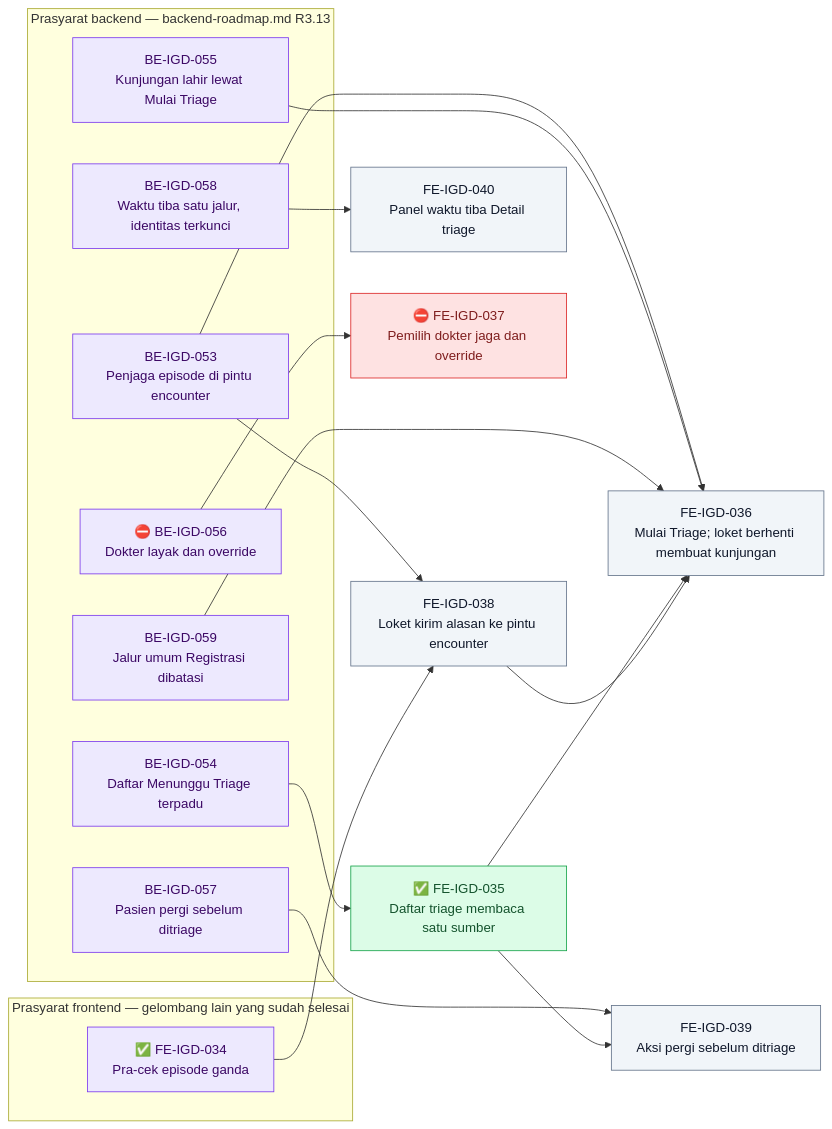
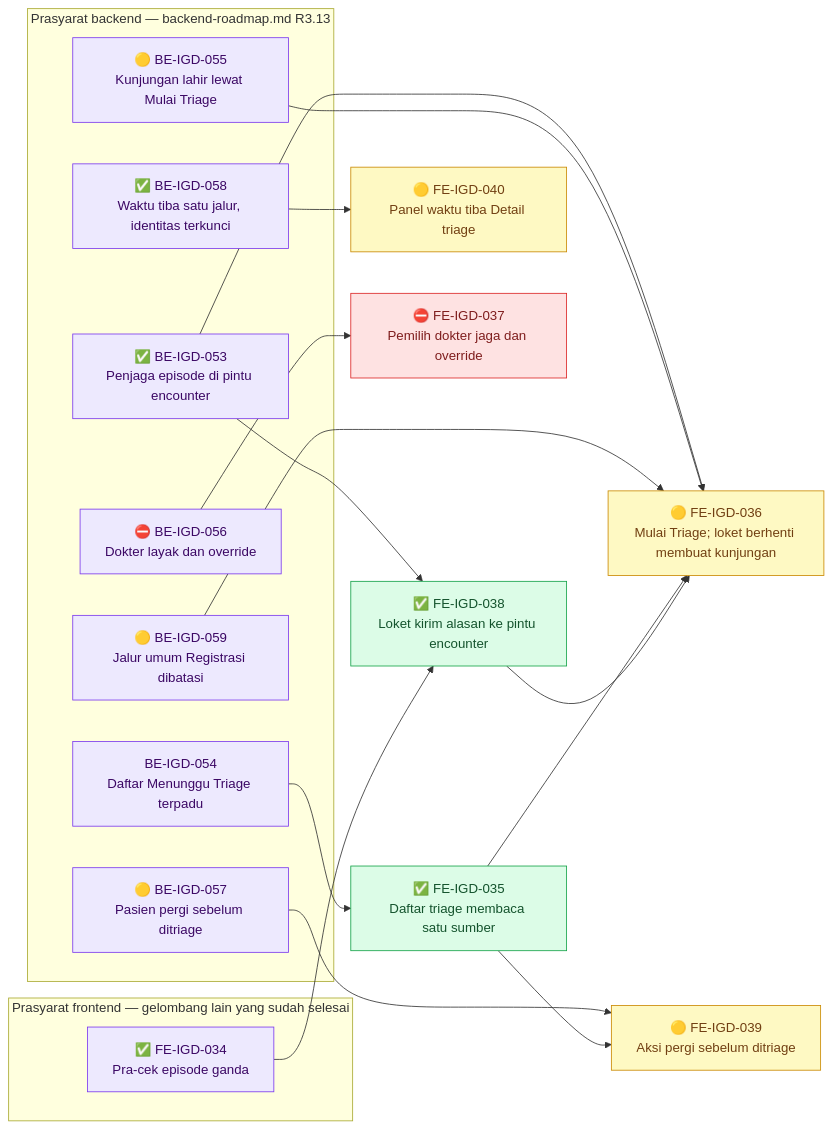
Before and after one commit to DevBenari/NewQuilvianSystemBackend: diagram 11 of 12 in docs/module-blueprints/igd/roadmap/frontend-roadmap.md, drawn with Mermaid. The commit also changed other lines of this file and 39 other files, not shown here.

Commit message:
finishing pendaftaran igd until triage

````diff
--- a/docs/module-blueprints/igd/roadmap/frontend-roadmap.md
+++ b/docs/module-blueprints/igd/roadmap/frontend-roadmap.md
@@ -1264,42 +1264,42 @@
 ```mermaid
 flowchart LR
     classDef selesai fill:#DCFCE7,stroke:#16A34A,color:#14532D
     classDef sebagian fill:#FEF9C3,stroke:#CA8A04,color:#713F12
     classDef terblokir fill:#FEE2E2,stroke:#DC2626,color:#7F1D1D
     classDef belum fill:#F1F5F9,stroke:#64748B,color:#0F172A
     classDef luar fill:#EDE9FE,stroke:#7C3AED,color:#3B0764
 
     subgraph backend["Prasyarat backend — backend-roadmap.md R3.13"]
-        BEIGD053["BE-IGD-053<br/>Penjaga episode di pintu encounter"]:::luar
+        BEIGD053["✅ BE-IGD-053<br/>Penjaga episode di pintu encounter"]:::luar
         BEIGD054["BE-IGD-054<br/>Daftar Menunggu Triage terpadu"]:::luar
-        BEIGD055["BE-IGD-055<br/>Kunjungan lahir lewat Mulai Triage"]:::luar
+        BEIGD055["🟡 BE-IGD-055<br/>Kunjungan lahir lewat Mulai Triage"]:::luar
         BEIGD056["⛔ BE-IGD-056<br/>Dokter layak dan override"]:::luar
-        BEIGD057["BE-IGD-057<br/>Pasien pergi sebelum ditriage"]:::luar
-        BEIGD058["BE-IGD-058<br/>Waktu tiba satu jalur, identitas terkunci"]:::luar
-        BEIGD059["BE-IGD-059<br/>Jalur umum Registrasi dibatasi"]:::luar
+        BEIGD057["🟡 BE-IGD-057<br/>Pasien pergi sebelum ditriage"]:::luar
+        BEIGD058["✅ BE-IGD-058<br/>Waktu tiba satu jalur, identitas terkunci"]:::luar
+        BEIGD059["🟡 BE-IGD-059<br/>Jalur umum Registrasi dibatasi"]:::luar
     end
 
     subgraph frontendlain["Prasyarat frontend — gelombang lain yang sudah selesai"]
         FEIGD034["✅ FE-IGD-034<br/>Pra-cek episode ganda"]:::luar
     end
 
     FEIGD035["✅ FE-IGD-035<br/>Daftar triage membaca satu sumber"]:::selesai
-    FEIGD038["FE-IGD-038<br/>Loket kirim alasan ke pintu encounter"]:::belum
-    FEIGD040["FE-IGD-040<br/>Panel waktu tiba Detail triage"]:::belum
-    FEIGD039["FE-IGD-039<br/>Aksi pergi sebelum ditriage"]:::belum
-    FEIGD036["FE-IGD-036<br/>Mulai Triage; loket berhenti membuat kunjungan"]:::belum
+    FEIGD038["✅ FE-IGD-038<br/>Loket kirim alasan ke pintu encounter"]:::selesai
+    FEIGD040["🟡 FE-IGD-040<br/>Panel waktu tiba Detail triage"]:::sebagian
+    FEIGD039["🟡 FE-IGD-039<br/>Aksi pergi sebelum ditriage"]:::sebagian
+    FEIGD036["🟡 FE-IGD-036<br/>Mulai Triage; loket berhenti membuat kunjungan"]:::sebagian
     FEIGD037["⛔ FE-IGD-037<br/>Pemilih dokter jaga dan override"]:::terblokir
 
     BEIGD054 --> FEIGD035
     BEIGD053 --> FEIGD038
     FEIGD034 --> FEIGD038
     BEIGD058 --> FEIGD040
     BEIGD057 --> FEIGD039
     FEIGD035 --> FEIGD039
     BEIGD053 --> FEIGD036
     BEIGD055 --> FEIGD036
     BEIGD059 --> FEIGD036
     FEIGD035 --> FEIGD036
     FEIGD038 --> FEIGD036
     BEIGD056 --> FEIGD037
 ```
````
